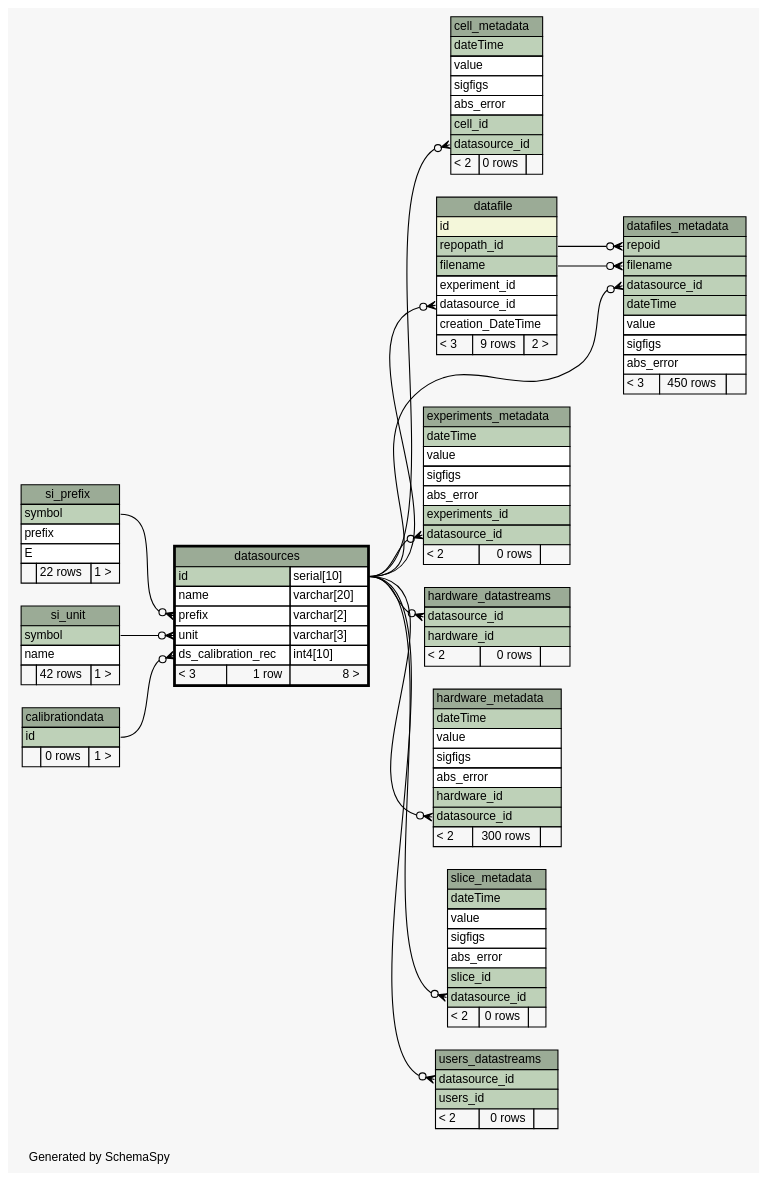
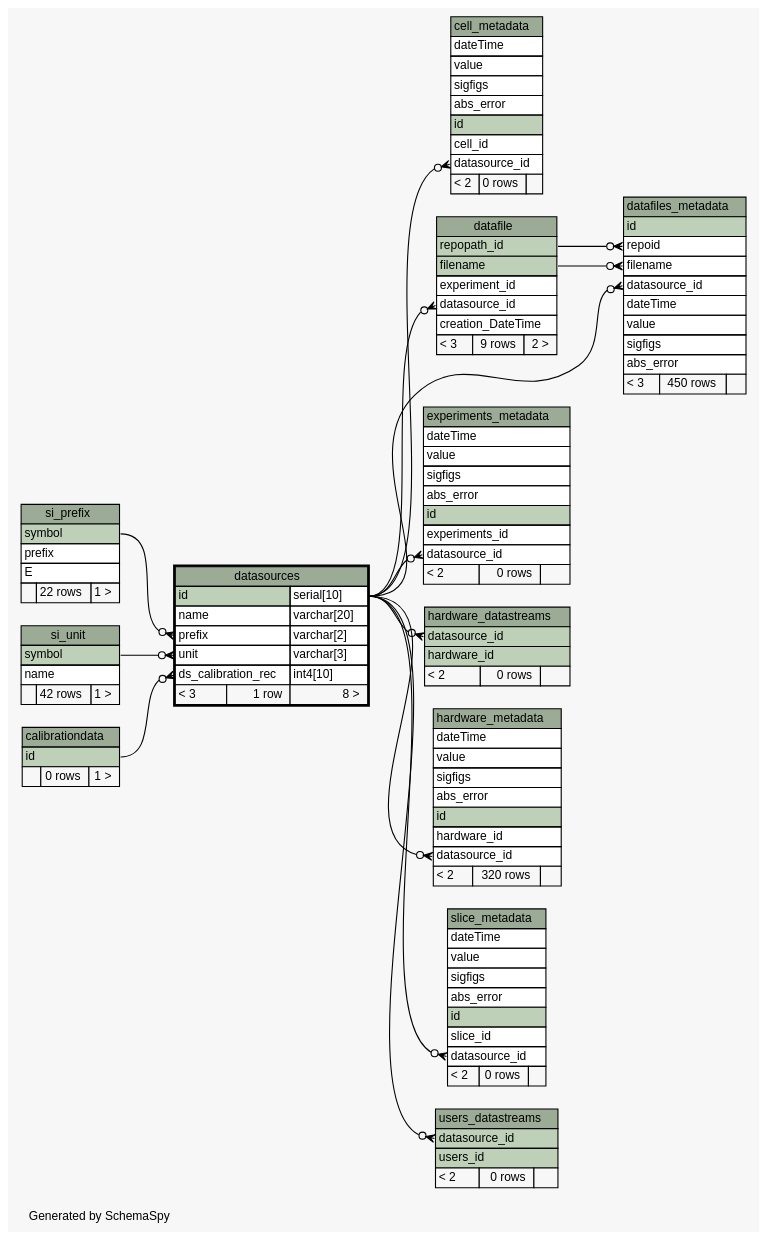
Before and after one commit to tgbugs/mlab: the diagram in database/ss/diagrams/datasources.1degree.dot, drawn with Graphviz. The commit also changed 216 other files, not shown here.

```diff
--- a/database/ss/diagrams/datasources.1degree.dot
+++ b/database/ss/diagrams/datasources.1degree.dot
@@ -1,195 +1,199 @@
 // dot 2.32.0 on Windows 7 6.1
 // SchemaSpy rev 590
 digraph "oneDegreeRelationshipsDiagram" {
   graph [
     rankdir="RL"
     bgcolor="#f7f7f7"
     label="\nGenerated by SchemaSpy"
     labeljust="l"
     nodesep="0.18"
     ranksep="0.46"
     fontname="Helvetica"
     fontsize="11"
   ];
   node [
     fontname="Helvetica"
     fontsize="11"
     shape="plaintext"
   ];
   edge [
     arrowsize="0.8"
   ];
   "cell_metadata":"datasource_id":w -> "datasources":"id.type":e [arrowhead=none dir=back arrowtail=crowodot];
   "datafile":"datasource_id":w -> "datasources":"id.type":e [arrowhead=none dir=back arrowtail=crowodot];
   "datafiles_metadata":"datasource_id":w -> "datasources":"id.type":e [arrowhead=none dir=back arrowtail=crowodot];
   "datafiles_metadata":"filename":w -> "datafile":"filename":e [arrowhead=none dir=back arrowtail=crowodot];
   "datafiles_metadata":"repoid":w -> "datafile":"repopath_id":e [arrowhead=none dir=back arrowtail=crowodot];
   "datasources":"ds_calibration_rec":w -> "calibrationdata":"id":e [arrowhead=none dir=back arrowtail=crowodot];
   "datasources":"prefix":w -> "si_prefix":"symbol":e [arrowhead=none dir=back arrowtail=crowodot];
   "datasources":"unit":w -> "si_unit":"symbol":e [arrowhead=none dir=back arrowtail=crowodot];
   "experiments_metadata":"datasource_id":w -> "datasources":"id.type":e [arrowhead=none dir=back arrowtail=crowodot];
   "hardware_datastreams":"datasource_id":w -> "datasources":"id.type":e [arrowhead=none dir=back arrowtail=crowodot];
   "hardware_metadata":"datasource_id":w -> "datasources":"id.type":e [arrowhead=none dir=back arrowtail=crowodot];
   "slice_metadata":"datasource_id":w -> "datasources":"id.type":e [arrowhead=none dir=back arrowtail=crowodot];
   "users_datastreams":"datasource_id":w -> "datasources":"id.type":e [arrowhead=none dir=back arrowtail=crowodot];
   "calibrationdata" [
     label=<
     <TABLE BORDER="0" CELLBORDER="1" CELLSPACING="0" BGCOLOR="#ffffff">
       <TR><TD COLSPAN="3" BGCOLOR="#9bab96" ALIGN="CENTER">calibrationdata</TD></TR>
       <TR><TD PORT="id" COLSPAN="3" BGCOLOR="#bed1b8" ALIGN="LEFT">id</TD></TR>
       <TR><TD ALIGN="LEFT" BGCOLOR="#f7f7f7">  </TD><TD ALIGN="RIGHT" BGCOLOR="#f7f7f7">0 rows</TD><TD ALIGN="RIGHT" BGCOLOR="#f7f7f7">1 &gt;</TD></TR>
     </TABLE>>
     URL="calibrationdata.html"
     tooltip="calibrationdata"
   ];
   "cell_metadata" [
     label=<
     <TABLE BORDER="0" CELLBORDER="1" CELLSPACING="0" BGCOLOR="#ffffff">
       <TR><TD COLSPAN="3" BGCOLOR="#9bab96" ALIGN="CENTER">cell_metadata</TD></TR>
-      <TR><TD PORT="dateTime" COLSPAN="3" BGCOLOR="#bed1b8" ALIGN="LEFT">dateTime</TD></TR>
+      <TR><TD PORT="dateTime" COLSPAN="3" ALIGN="LEFT">dateTime</TD></TR>
       <TR><TD PORT="value" COLSPAN="3" ALIGN="LEFT">value</TD></TR>
       <TR><TD PORT="sigfigs" COLSPAN="3" ALIGN="LEFT">sigfigs</TD></TR>
       <TR><TD PORT="abs_error" COLSPAN="3" ALIGN="LEFT">abs_error</TD></TR>
-      <TR><TD PORT="cell_id" COLSPAN="3" BGCOLOR="#bed1b8" ALIGN="LEFT">cell_id</TD></TR>
-      <TR><TD PORT="datasource_id" COLSPAN="3" BGCOLOR="#bed1b8" ALIGN="LEFT">datasource_id</TD></TR>
+      <TR><TD PORT="id" COLSPAN="3" BGCOLOR="#bed1b8" ALIGN="LEFT">id</TD></TR>
+      <TR><TD PORT="cell_id" COLSPAN="3" ALIGN="LEFT">cell_id</TD></TR>
+      <TR><TD PORT="datasource_id" COLSPAN="3" ALIGN="LEFT">datasource_id</TD></TR>
       <TR><TD ALIGN="LEFT" BGCOLOR="#f7f7f7">&lt; 2</TD><TD ALIGN="RIGHT" BGCOLOR="#f7f7f7">0 rows</TD><TD ALIGN="RIGHT" BGCOLOR="#f7f7f7">  </TD></TR>
     </TABLE>>
     URL="cell_metadata.html"
     tooltip="cell_metadata"
   ];
   "datafile" [
     label=<
     <TABLE BORDER="0" CELLBORDER="1" CELLSPACING="0" BGCOLOR="#ffffff">
       <TR><TD COLSPAN="3" BGCOLOR="#9bab96" ALIGN="CENTER">datafile</TD></TR>
-      <TR><TD PORT="id" COLSPAN="3" BGCOLOR="#f4f7da" ALIGN="LEFT">id</TD></TR>
       <TR><TD PORT="repopath_id" COLSPAN="3" BGCOLOR="#bed1b8" ALIGN="LEFT">repopath_id</TD></TR>
       <TR><TD PORT="filename" COLSPAN="3" BGCOLOR="#bed1b8" ALIGN="LEFT">filename</TD></TR>
       <TR><TD PORT="experiment_id" COLSPAN="3" ALIGN="LEFT">experiment_id</TD></TR>
       <TR><TD PORT="datasource_id" COLSPAN="3" ALIGN="LEFT">datasource_id</TD></TR>
       <TR><TD PORT="creation_DateTime" COLSPAN="3" ALIGN="LEFT">creation_DateTime</TD></TR>
       <TR><TD ALIGN="LEFT" BGCOLOR="#f7f7f7">&lt; 3</TD><TD ALIGN="RIGHT" BGCOLOR="#f7f7f7">9 rows</TD><TD ALIGN="RIGHT" BGCOLOR="#f7f7f7">2 &gt;</TD></TR>
     </TABLE>>
     URL="datafile.html"
     tooltip="datafile"
   ];
   "datafiles_metadata" [
     label=<
     <TABLE BORDER="0" CELLBORDER="1" CELLSPACING="0" BGCOLOR="#ffffff">
       <TR><TD COLSPAN="3" BGCOLOR="#9bab96" ALIGN="CENTER">datafiles_metadata</TD></TR>
-      <TR><TD PORT="repoid" COLSPAN="3" BGCOLOR="#bed1b8" ALIGN="LEFT">repoid</TD></TR>
-      <TR><TD PORT="filename" COLSPAN="3" BGCOLOR="#bed1b8" ALIGN="LEFT">filename</TD></TR>
-      <TR><TD PORT="datasource_id" COLSPAN="3" BGCOLOR="#bed1b8" ALIGN="LEFT">datasource_id</TD></TR>
-      <TR><TD PORT="dateTime" COLSPAN="3" BGCOLOR="#bed1b8" ALIGN="LEFT">dateTime</TD></TR>
+      <TR><TD PORT="id" COLSPAN="3" BGCOLOR="#bed1b8" ALIGN="LEFT">id</TD></TR>
+      <TR><TD PORT="repoid" COLSPAN="3" ALIGN="LEFT">repoid</TD></TR>
+      <TR><TD PORT="filename" COLSPAN="3" ALIGN="LEFT">filename</TD></TR>
+      <TR><TD PORT="datasource_id" COLSPAN="3" ALIGN="LEFT">datasource_id</TD></TR>
+      <TR><TD PORT="dateTime" COLSPAN="3" ALIGN="LEFT">dateTime</TD></TR>
       <TR><TD PORT="value" COLSPAN="3" ALIGN="LEFT">value</TD></TR>
       <TR><TD PORT="sigfigs" COLSPAN="3" ALIGN="LEFT">sigfigs</TD></TR>
       <TR><TD PORT="abs_error" COLSPAN="3" ALIGN="LEFT">abs_error</TD></TR>
       <TR><TD ALIGN="LEFT" BGCOLOR="#f7f7f7">&lt; 3</TD><TD ALIGN="RIGHT" BGCOLOR="#f7f7f7">450 rows</TD><TD ALIGN="RIGHT" BGCOLOR="#f7f7f7">  </TD></TR>
     </TABLE>>
     URL="datafiles_metadata.html"
     tooltip="datafiles_metadata"
   ];
   "datasources" [
     label=<
     <TABLE BORDER="2" CELLBORDER="1" CELLSPACING="0" BGCOLOR="#ffffff">
       <TR><TD COLSPAN="3" BGCOLOR="#9bab96" ALIGN="CENTER">datasources</TD></TR>
       <TR><TD PORT="id" COLSPAN="2" BGCOLOR="#bed1b8" ALIGN="LEFT">id</TD><TD PORT="id.type" ALIGN="LEFT">serial[10]</TD></TR>
       <TR><TD PORT="name" COLSPAN="2" ALIGN="LEFT">name</TD><TD PORT="name.type" ALIGN="LEFT">varchar[20]</TD></TR>
       <TR><TD PORT="prefix" COLSPAN="2" ALIGN="LEFT">prefix</TD><TD PORT="prefix.type" ALIGN="LEFT">varchar[2]</TD></TR>
       <TR><TD PORT="unit" COLSPAN="2" ALIGN="LEFT">unit</TD><TD PORT="unit.type" ALIGN="LEFT">varchar[3]</TD></TR>
       <TR><TD PORT="ds_calibration_rec" COLSPAN="2" ALIGN="LEFT">ds_calibration_rec</TD><TD PORT="ds_calibration_rec.type" ALIGN="LEFT">int4[10]</TD></TR>
       <TR><TD ALIGN="LEFT" BGCOLOR="#f7f7f7">&lt; 3</TD><TD ALIGN="RIGHT" BGCOLOR="#f7f7f7">1 row</TD><TD ALIGN="RIGHT" BGCOLOR="#f7f7f7">8 &gt;</TD></TR>
     </TABLE>>
     URL="datasources.html"
     tooltip="datasources"
   ];
   "experiments_metadata" [
     label=<
     <TABLE BORDER="0" CELLBORDER="1" CELLSPACING="0" BGCOLOR="#ffffff">
       <TR><TD COLSPAN="3" BGCOLOR="#9bab96" ALIGN="CENTER">experiments_metadata</TD></TR>
-      <TR><TD PORT="dateTime" COLSPAN="3" BGCOLOR="#bed1b8" ALIGN="LEFT">dateTime</TD></TR>
+      <TR><TD PORT="dateTime" COLSPAN="3" ALIGN="LEFT">dateTime</TD></TR>
       <TR><TD PORT="value" COLSPAN="3" ALIGN="LEFT">value</TD></TR>
       <TR><TD PORT="sigfigs" COLSPAN="3" ALIGN="LEFT">sigfigs</TD></TR>
       <TR><TD PORT="abs_error" COLSPAN="3" ALIGN="LEFT">abs_error</TD></TR>
-      <TR><TD PORT="experiments_id" COLSPAN="3" BGCOLOR="#bed1b8" ALIGN="LEFT">experiments_id</TD></TR>
-      <TR><TD PORT="datasource_id" COLSPAN="3" BGCOLOR="#bed1b8" ALIGN="LEFT">datasource_id</TD></TR>
+      <TR><TD PORT="id" COLSPAN="3" BGCOLOR="#bed1b8" ALIGN="LEFT">id</TD></TR>
+      <TR><TD PORT="experiments_id" COLSPAN="3" ALIGN="LEFT">experiments_id</TD></TR>
+      <TR><TD PORT="datasource_id" COLSPAN="3" ALIGN="LEFT">datasource_id</TD></TR>
       <TR><TD ALIGN="LEFT" BGCOLOR="#f7f7f7">&lt; 2</TD><TD ALIGN="RIGHT" BGCOLOR="#f7f7f7">0 rows</TD><TD ALIGN="RIGHT" BGCOLOR="#f7f7f7">  </TD></TR>
     </TABLE>>
     URL="experiments_metadata.html"
     tooltip="experiments_metadata"
   ];
   "hardware_datastreams" [
     label=<
     <TABLE BORDER="0" CELLBORDER="1" CELLSPACING="0" BGCOLOR="#ffffff">
       <TR><TD COLSPAN="3" BGCOLOR="#9bab96" ALIGN="CENTER">hardware_datastreams</TD></TR>
       <TR><TD PORT="datasource_id" COLSPAN="3" BGCOLOR="#bed1b8" ALIGN="LEFT">datasource_id</TD></TR>
       <TR><TD PORT="hardware_id" COLSPAN="3" BGCOLOR="#bed1b8" ALIGN="LEFT">hardware_id</TD></TR>
       <TR><TD ALIGN="LEFT" BGCOLOR="#f7f7f7">&lt; 2</TD><TD ALIGN="RIGHT" BGCOLOR="#f7f7f7">0 rows</TD><TD ALIGN="RIGHT" BGCOLOR="#f7f7f7">  </TD></TR>
     </TABLE>>
     URL="hardware_datastreams.html"
     tooltip="hardware_datastreams"
   ];
   "hardware_metadata" [
     label=<
     <TABLE BORDER="0" CELLBORDER="1" CELLSPACING="0" BGCOLOR="#ffffff">
       <TR><TD COLSPAN="3" BGCOLOR="#9bab96" ALIGN="CENTER">hardware_metadata</TD></TR>
-      <TR><TD PORT="dateTime" COLSPAN="3" BGCOLOR="#bed1b8" ALIGN="LEFT">dateTime</TD></TR>
+      <TR><TD PORT="dateTime" COLSPAN="3" ALIGN="LEFT">dateTime</TD></TR>
       <TR><TD PORT="value" COLSPAN="3" ALIGN="LEFT">value</TD></TR>
       <TR><TD PORT="sigfigs" COLSPAN="3" ALIGN="LEFT">sigfigs</TD></TR>
       <TR><TD PORT="abs_error" COLSPAN="3" ALIGN="LEFT">abs_error</TD></TR>
-      <TR><TD PORT="hardware_id" COLSPAN="3" BGCOLOR="#bed1b8" ALIGN="LEFT">hardware_id</TD></TR>
-      <TR><TD PORT="datasource_id" COLSPAN="3" BGCOLOR="#bed1b8" ALIGN="LEFT">datasource_id</TD></TR>
-      <TR><TD ALIGN="LEFT" BGCOLOR="#f7f7f7">&lt; 2</TD><TD ALIGN="RIGHT" BGCOLOR="#f7f7f7">300 rows</TD><TD ALIGN="RIGHT" BGCOLOR="#f7f7f7">  </TD></TR>
+      <TR><TD PORT="id" COLSPAN="3" BGCOLOR="#bed1b8" ALIGN="LEFT">id</TD></TR>
+      <TR><TD PORT="hardware_id" COLSPAN="3" ALIGN="LEFT">hardware_id</TD></TR>
+      <TR><TD PORT="datasource_id" COLSPAN="3" ALIGN="LEFT">datasource_id</TD></TR>
+      <TR><TD ALIGN="LEFT" BGCOLOR="#f7f7f7">&lt; 2</TD><TD ALIGN="RIGHT" BGCOLOR="#f7f7f7">320 rows</TD><TD ALIGN="RIGHT" BGCOLOR="#f7f7f7">  </TD></TR>
     </TABLE>>
     URL="hardware_metadata.html"
     tooltip="hardware_metadata"
   ];
   "si_prefix" [
     label=<
     <TABLE BORDER="0" CELLBORDER="1" CELLSPACING="0" BGCOLOR="#ffffff">
       <TR><TD COLSPAN="3" BGCOLOR="#9bab96" ALIGN="CENTER">si_prefix</TD></TR>
       <TR><TD PORT="symbol" COLSPAN="3" BGCOLOR="#bed1b8" ALIGN="LEFT">symbol</TD></TR>
       <TR><TD PORT="prefix" COLSPAN="3" ALIGN="LEFT">prefix</TD></TR>
       <TR><TD PORT="E" COLSPAN="3" ALIGN="LEFT">E</TD></TR>
       <TR><TD ALIGN="LEFT" BGCOLOR="#f7f7f7">  </TD><TD ALIGN="RIGHT" BGCOLOR="#f7f7f7">22 rows</TD><TD ALIGN="RIGHT" BGCOLOR="#f7f7f7">1 &gt;</TD></TR>
     </TABLE>>
     URL="si_prefix.html"
     tooltip="si_prefix"
   ];
   "si_unit" [
     label=<
     <TABLE BORDER="0" CELLBORDER="1" CELLSPACING="0" BGCOLOR="#ffffff">
       <TR><TD COLSPAN="3" BGCOLOR="#9bab96" ALIGN="CENTER">si_unit</TD></TR>
       <TR><TD PORT="symbol" COLSPAN="3" BGCOLOR="#bed1b8" ALIGN="LEFT">symbol</TD></TR>
       <TR><TD PORT="name" COLSPAN="3" ALIGN="LEFT">name</TD></TR>
       <TR><TD ALIGN="LEFT" BGCOLOR="#f7f7f7">  </TD><TD ALIGN="RIGHT" BGCOLOR="#f7f7f7">42 rows</TD><TD ALIGN="RIGHT" BGCOLOR="#f7f7f7">1 &gt;</TD></TR>
     </TABLE>>
     URL="si_unit.html"
     tooltip="si_unit"
   ];
   "slice_metadata" [
     label=<
     <TABLE BORDER="0" CELLBORDER="1" CELLSPACING="0" BGCOLOR="#ffffff">
       <TR><TD COLSPAN="3" BGCOLOR="#9bab96" ALIGN="CENTER">slice_metadata</TD></TR>
-      <TR><TD PORT="dateTime" COLSPAN="3" BGCOLOR="#bed1b8" ALIGN="LEFT">dateTime</TD></TR>
+      <TR><TD PORT="dateTime" COLSPAN="3" ALIGN="LEFT">dateTime</TD></TR>
       <TR><TD PORT="value" COLSPAN="3" ALIGN="LEFT">value</TD></TR>
       <TR><TD PORT="sigfigs" COLSPAN="3" ALIGN="LEFT">sigfigs</TD></TR>
       <TR><TD PORT="abs_error" COLSPAN="3" ALIGN="LEFT">abs_error</TD></TR>
-      <TR><TD PORT="slice_id" COLSPAN="3" BGCOLOR="#bed1b8" ALIGN="LEFT">slice_id</TD></TR>
-      <TR><TD PORT="datasource_id" COLSPAN="3" BGCOLOR="#bed1b8" ALIGN="LEFT">datasource_id</TD></TR>
+      <TR><TD PORT="id" COLSPAN="3" BGCOLOR="#bed1b8" ALIGN="LEFT">id</TD></TR>
+      <TR><TD PORT="slice_id" COLSPAN="3" ALIGN="LEFT">slice_id</TD></TR>
+      <TR><TD PORT="datasource_id" COLSPAN="3" ALIGN="LEFT">datasource_id</TD></TR>
       <TR><TD ALIGN="LEFT" BGCOLOR="#f7f7f7">&lt; 2</TD><TD ALIGN="RIGHT" BGCOLOR="#f7f7f7">0 rows</TD><TD ALIGN="RIGHT" BGCOLOR="#f7f7f7">  </TD></TR>
     </TABLE>>
     URL="slice_metadata.html"
     tooltip="slice_metadata"
   ];
   "users_datastreams" [
     label=<
     <TABLE BORDER="0" CELLBORDER="1" CELLSPACING="0" BGCOLOR="#ffffff">
       <TR><TD COLSPAN="3" BGCOLOR="#9bab96" ALIGN="CENTER">users_datastreams</TD></TR>
       <TR><TD PORT="datasource_id" COLSPAN="3" BGCOLOR="#bed1b8" ALIGN="LEFT">datasource_id</TD></TR>
       <TR><TD PORT="users_id" COLSPAN="3" BGCOLOR="#bed1b8" ALIGN="LEFT">users_id</TD></TR>
       <TR><TD ALIGN="LEFT" BGCOLOR="#f7f7f7">&lt; 2</TD><TD ALIGN="RIGHT" BGCOLOR="#f7f7f7">0 rows</TD><TD ALIGN="RIGHT" BGCOLOR="#f7f7f7">  </TD></TR>
     </TABLE>>
     URL="users_datastreams.html"
     tooltip="users_datastreams"
   ];
 }
```
